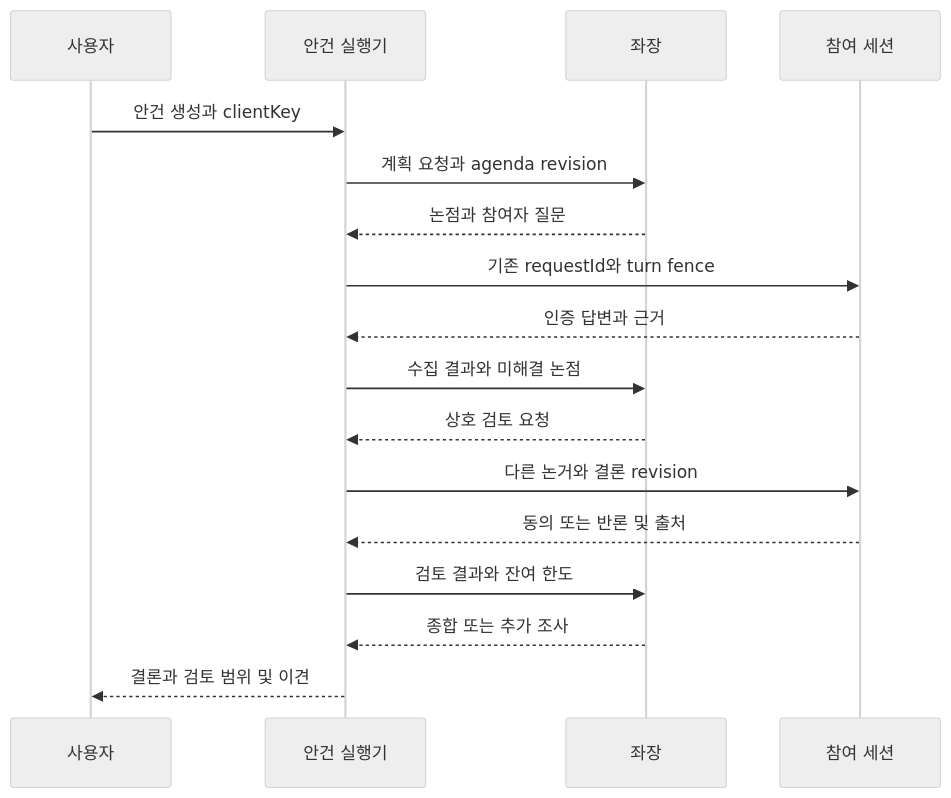
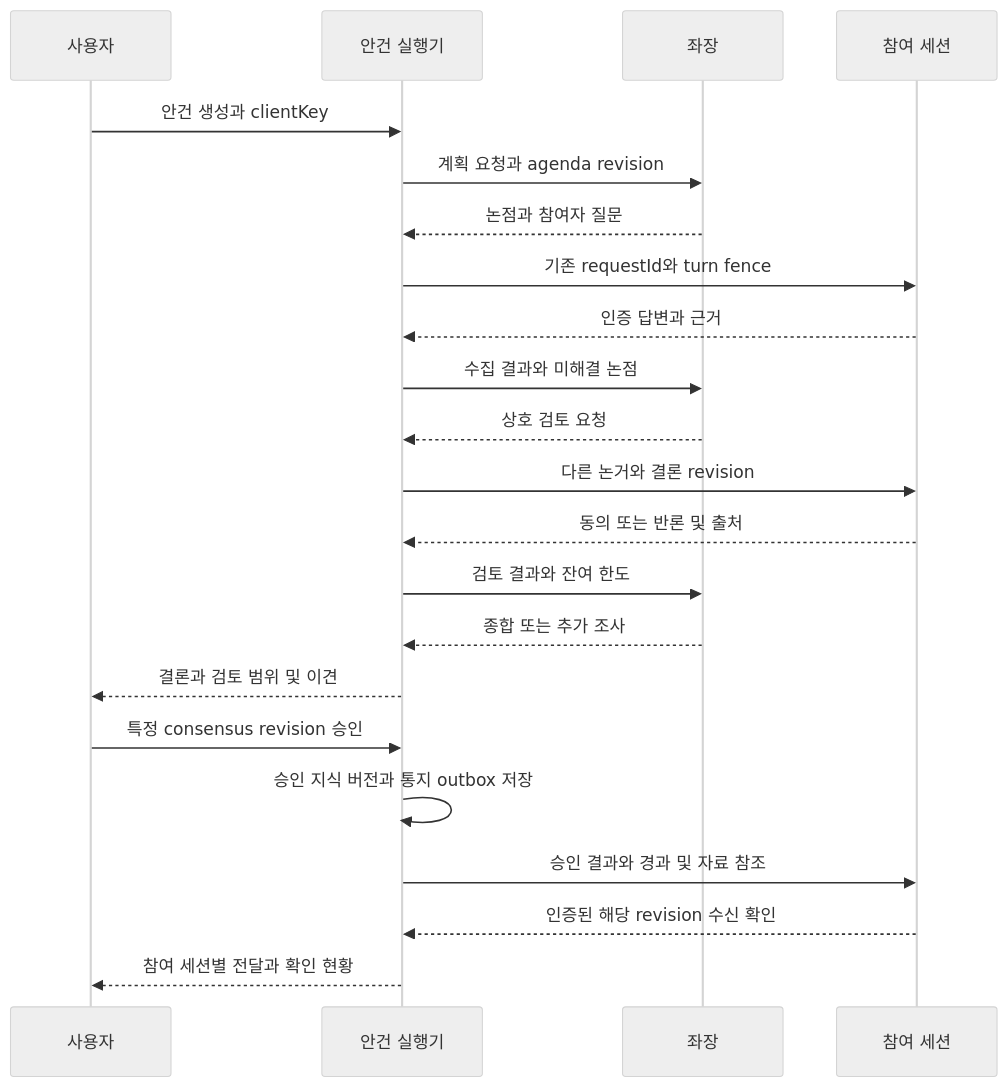
Before and after one commit to JJHbrams/inter-session-orchastrator: the fifth of 6 diagrams in docs/design/0010-agenda-deliberation.md, drawn with Mermaid (neutral theme). The commit also changed other lines of this file and 2 other files, not shown here.

````diff
--- a/docs/design/0010-agenda-deliberation.md
+++ b/docs/design/0010-agenda-deliberation.md
@@ -183,19 +237,24 @@
 ```mermaid
 sequenceDiagram
  participant U as 사용자
  participant S as 안건 실행기
  participant C as 좌장
  participant P as 참여 세션
  U->>S: 안건 생성과 clientKey
  S->>C: 계획 요청과 agenda revision
  C-->>S: 논점과 참여자 질문
  S->>P: 기존 requestId와 turn fence
  P-->>S: 인증 답변과 근거
  S->>C: 수집 결과와 미해결 논점
  C-->>S: 상호 검토 요청
  S->>P: 다른 논거와 결론 revision
  P-->>S: 동의 또는 반론 및 출처
  S->>C: 검토 결과와 잔여 한도
  C-->>S: 종합 또는 추가 조사
  S-->>U: 결론과 검토 범위 및 이견
+ U->>S: 특정 consensus revision 승인
+ S->>S: 승인 지식 버전과 통지 outbox 저장
+ S->>P: 승인 결과와 경과 및 자료 참조
+ P-->>S: 인증된 해당 revision 수신 확인
+ S-->>U: 참여 세션별 전달과 확인 현황
 ```
````
